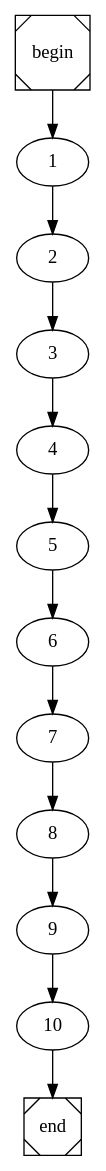
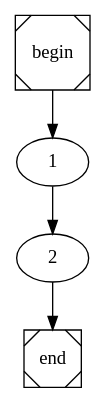
The diagram in main.dot (miguelazevedolopes/FEUP-COMP), drawn with Graphviz before and after one commit. The commit also changed 3 other files, not shown here.

```diff
--- a/main.dot
+++ b/main.dot
@@ -1,4 +1,4 @@
 digraph cfg {
 	begin [shape=Msquare];
 	end [shape=Msquare];
-	begin -> 1;	1 -> 2;	2 -> 3;	3 -> 4;	4 -> 5;	5 -> 6;	6 -> 7;	7 -> 8;	8 -> 9;	9 -> 10;	10 -> end;}
+	begin -> 1;	1 -> 2;	2 -> end;}
```
